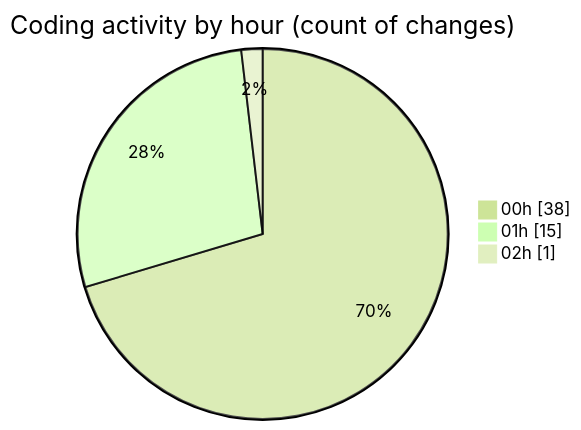
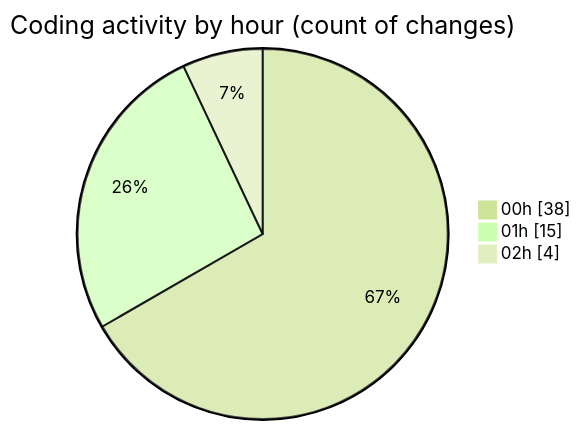
Before and after one commit to donsfak/code-tracking: the second of 2 diagrams in 2025-03-08/uber_clone/README.md, drawn with Mermaid (forest theme). The commit also changed other lines of this file and 1 other file, not shown here.

````diff
--- a/2025-03-08/uber_clone/README.md
+++ b/2025-03-08/uber_clone/README.md
@@ -31,7 +31,7 @@
 ```mermaid
 pie showData
 title Coding activity by hour (count of changes)
 "00h" : 38
 "01h" : 15
-"02h" : 1
+"02h" : 4
 ```
````
